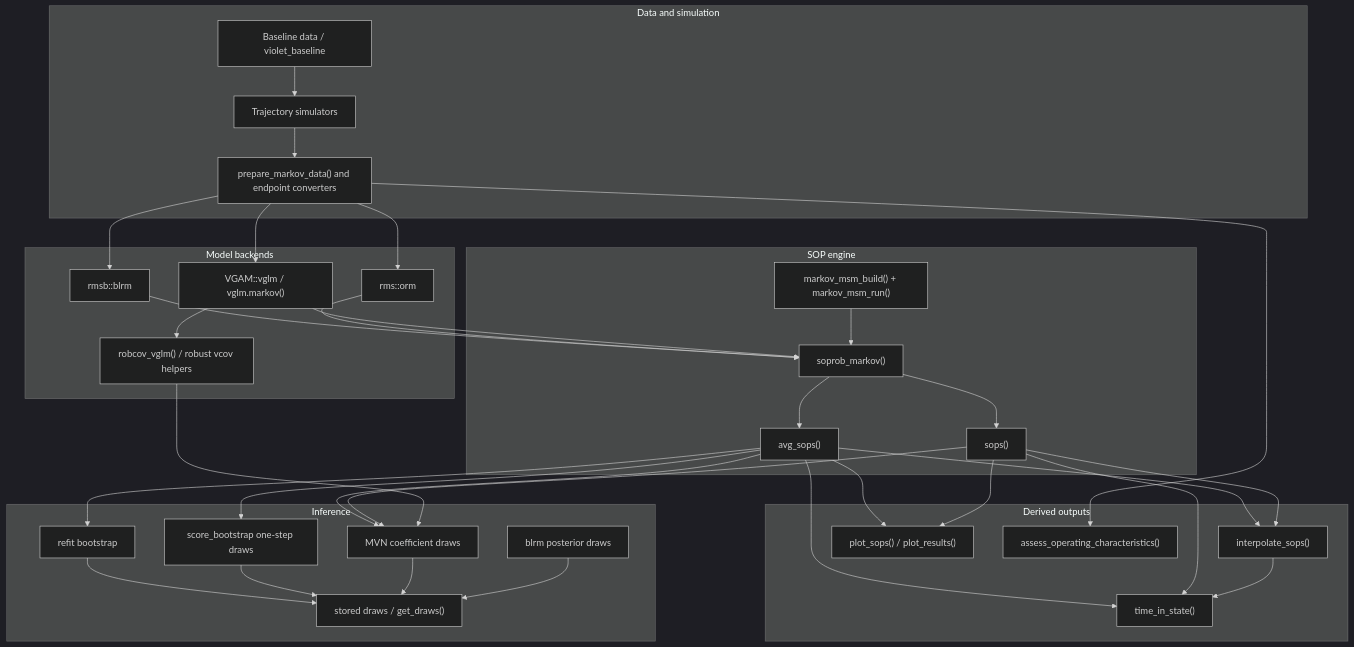
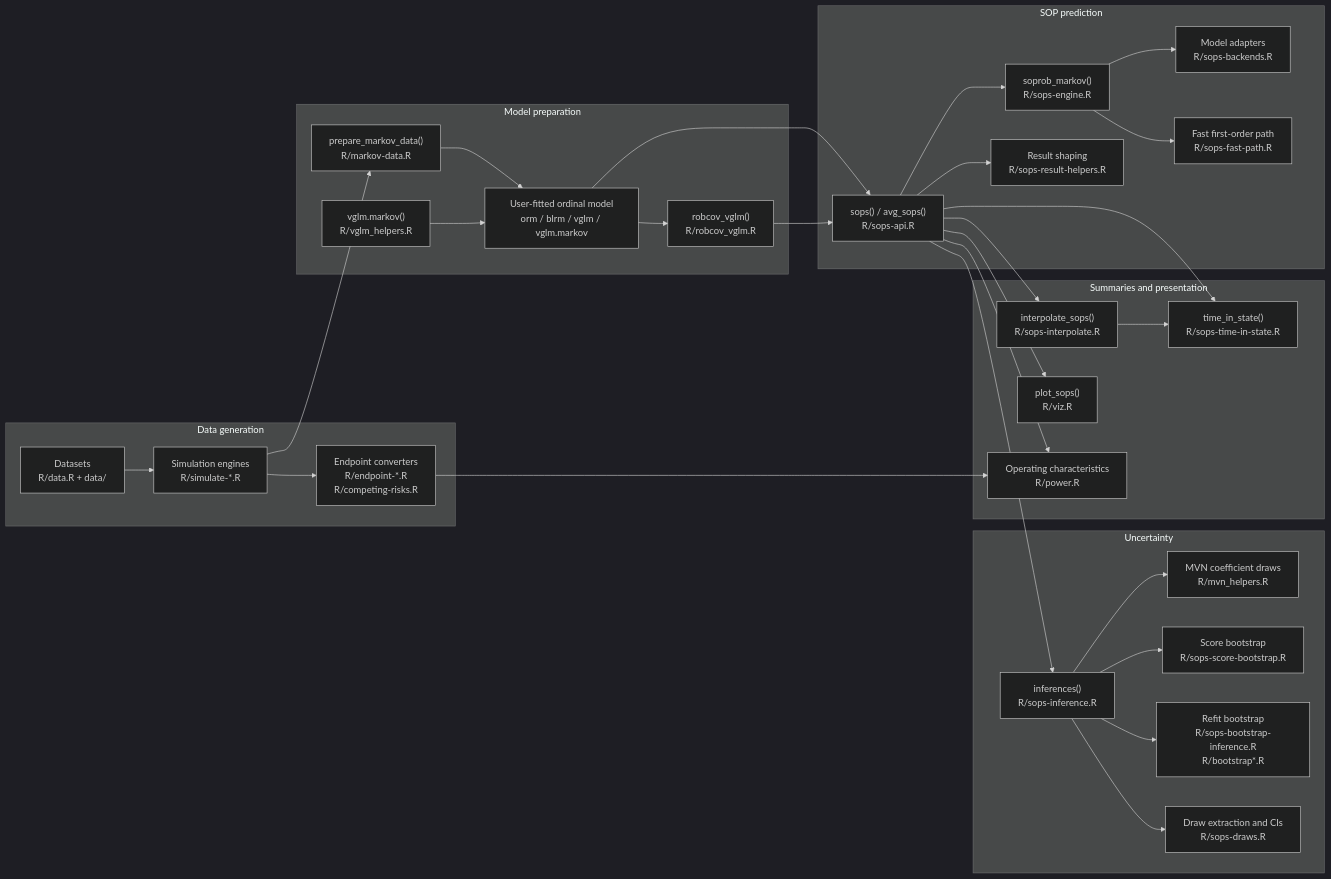
The first of 6 diagrams in ARCHITECTURE.md (scjohannes/markov.misc), drawn with Mermaid (dark theme) before and after one commit. The commit also changed other lines of this file and 70 other files, not shown here.

````diff
--- a/ARCHITECTURE.md
+++ b/ARCHITECTURE.md
@@ -26,67 +27,62 @@
 ```mermaid
-flowchart TD
-    subgraph Data["Data and simulation"]
-        Baseline["Baseline data / violet_baseline"]
-        Sim["Trajectory simulators"]
-        Prep["prepare_markov_data() and endpoint converters"]
-        Baseline --> Sim
-        Sim --> Prep
-    end
+flowchart LR
+  subgraph "Data generation"
+    SIM["Simulation engines<br/>R/simulate-*.R"]
+    BASE["Datasets<br/>R/data.R + data/"]
+    ENDPOINT_IN["Endpoint converters<br/>R/endpoint-*.R<br/>R/competing-risks.R"]
+  end
 
-    subgraph Models["Model backends"]
-        VGAM["VGAM::vglm / vglm.markov()"]
-        ORM["rms::orm"]
-        BLRM["rmsb::blrm"]
-        RobCov["robcov_vglm() / robust vcov helpers"]
-        VGAM --> RobCov
-    end
+  subgraph "Model preparation"
+    PREP["prepare_markov_data()<br/>R/markov-data.R"]
+    FIT["User-fitted ordinal model<br/>orm / blrm / vglm / vglm.markov"]
+    VGLM_FIT["vglm.markov()<br/>R/vglm_helpers.R"]
+    ROB["robcov_vglm()<br/>R/robcov_vglm.R"]
+  end
 
-    subgraph SOP["SOP engine"]
-        Recursion["soprob_markov()"]
-        FastPath["markov_msm_build() + markov_msm_run()"]
-        Individual["sops()"]
-        Marginal["avg_sops()"]
-        Recursion --> Individual
-        Recursion --> Marginal
-        FastPath --> Recursion
-    end
+  subgraph "SOP prediction"
+    API["sops() / avg_sops()<br/>R/sops-api.R"]
+    BACKENDS["Model adapters<br/>R/sops-backends.R"]
+    ENGINE["soprob_markov()<br/>R/sops-engine.R"]
+    FAST["Fast first-order path<br/>R/sops-fast-path.R"]
+    RESULT["Result shaping<br/>R/sops-result-helpers.R"]
+  end
 
-    subgraph Inference["Inference"]
-        Posterior["blrm posterior draws"]
-        MVN["MVN coefficient draws"]
-        Score["score_bootstrap one-step draws"]
-        Refit["refit bootstrap"]
-        Draws["stored draws / get_draws()"]
-        Posterior --> Draws
-        MVN --> Draws
-        Score --> Draws
-        Refit --> Draws
-    end
+  subgraph "Uncertainty"
+    INF["inferences()<br/>R/sops-inference.R"]
+    MVN["MVN coefficient draws<br/>R/mvn_helpers.R"]
+    SCORE["Score bootstrap<br/>R/sops-score-bootstrap.R"]
+    REFIT["Refit bootstrap<br/>R/sops-bootstrap-inference.R<br/>R/bootstrap*.R"]
+    DRAWS["Draw extraction and CIs<br/>R/sops-draws.R"]
+  end
 
-    subgraph Outputs["Derived outputs"]
-        Interp["interpolate_sops()"]
-        TIS["time_in_state()"]
-        Viz["plot_sops() / plot_results()"]
-        Power["assess_operating_characteristics()"]
-    end
+  subgraph "Summaries and presentation"
+    TIS["time_in_state()<br/>R/sops-time-in-state.R"]
+    INT["interpolate_sops()<br/>R/sops-interpolate.R"]
+    PLOT["plot_sops()<br/>R/viz.R"]
+    OC["Operating characteristics<br/>R/power.R"]
+  end
 
-    Prep --> VGAM
-    Prep --> ORM
-    Prep --> BLRM
-    VGAM --> Recursion
-    ORM --> Recursion
-    BLRM --> Recursion
-    RobCov --> MVN
-    Individual --> MVN
-    Marginal --> MVN
-    Marginal --> Score
-    Marginal --> Refit
-    Individual --> Interp
-    Marginal --> Interp
-    Interp --> TIS
-    Individual --> TIS
-    Marginal --> TIS
-    Individual --> Viz
-    Marginal --> Viz
-    Prep --> Power
+  SIM --> PREP
+  BASE --> SIM
+  SIM --> ENDPOINT_IN
+  PREP --> FIT
+  VGLM_FIT --> FIT
+  FIT --> ROB
+  FIT --> API
+  ROB --> API
+  API --> ENGINE
+  API --> RESULT
+  ENGINE --> BACKENDS
+  ENGINE --> FAST
+  API --> INF
+  INF --> MVN
+  INF --> SCORE
+  INF --> REFIT
+  INF --> DRAWS
+  API --> INT
+  API --> TIS
+  INT --> TIS
+  API --> PLOT
+  ENDPOINT_IN --> OC
+  API --> OC
 ```
````
